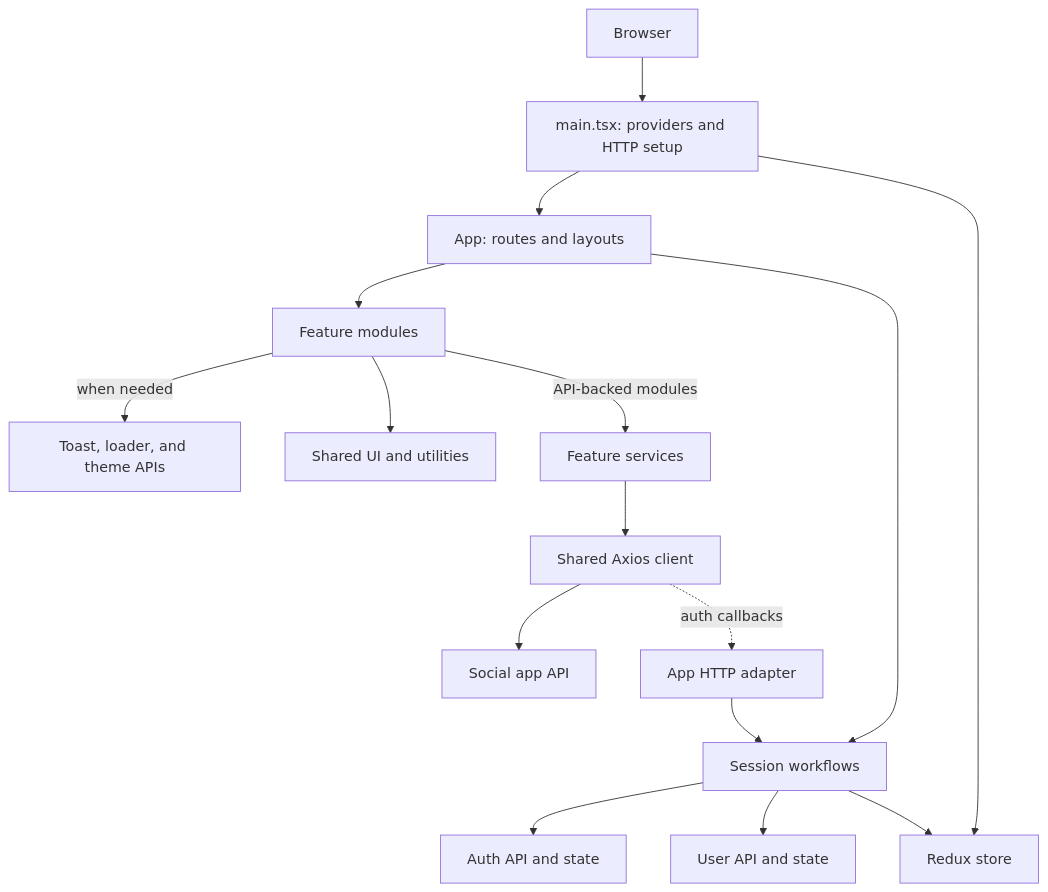
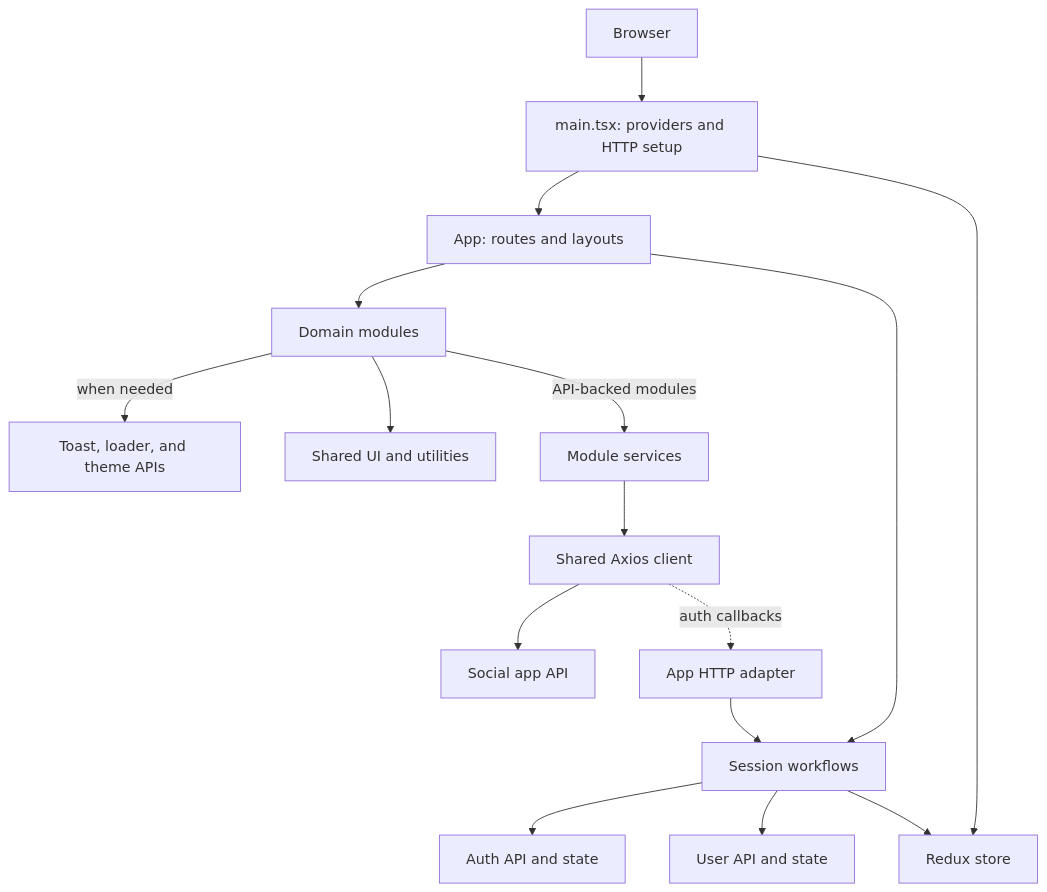
Before and after one commit to muhsintt777/insta: the diagram in README.md, drawn with Mermaid. The commit also changed other lines of this file and 1 other file, not shown here.

````diff
--- a/README.md
+++ b/README.md
@@ -27,18 +27,18 @@
 ```mermaid
 flowchart TD
 	Browser[Browser] --> Main[main.tsx: providers and HTTP setup]
 	Main --> App[App: routes and layouts]
 	Main --> Store[Redux store]
-	App --> Features[Feature modules]
-	Features -->|when needed| CrossCutting[Toast, loader, and theme APIs]
-	Features --> SharedUI[Shared UI and utilities]
-	Features -->|API-backed modules| Services[Feature services]
+	App --> Modules[Domain modules]
+	Modules -->|when needed| CrossCutting[Toast, loader, and theme APIs]
+	Modules --> SharedUI[Shared UI and utilities]
+	Modules -->|API-backed modules| Services[Module services]
 	 App --> Session[Session workflows]
 	 Session --> Auth[Auth API and state]
 	 Session --> User[User API and state]
 	 Session --> Store
 	Services --> Http[Shared Axios client]
 	Http --> API[Social app API]
 	Http -. auth callbacks .-> Adapter[App HTTP adapter]
 	 Adapter --> Session
 ```
````
